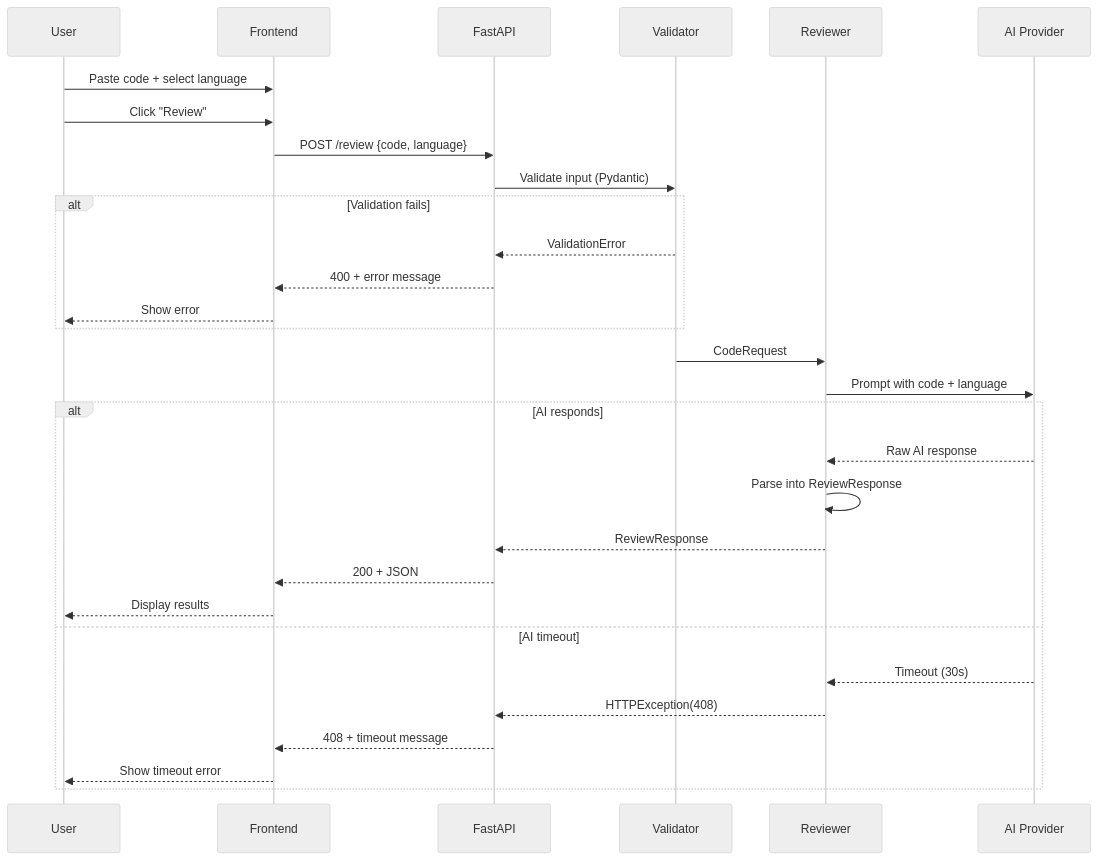
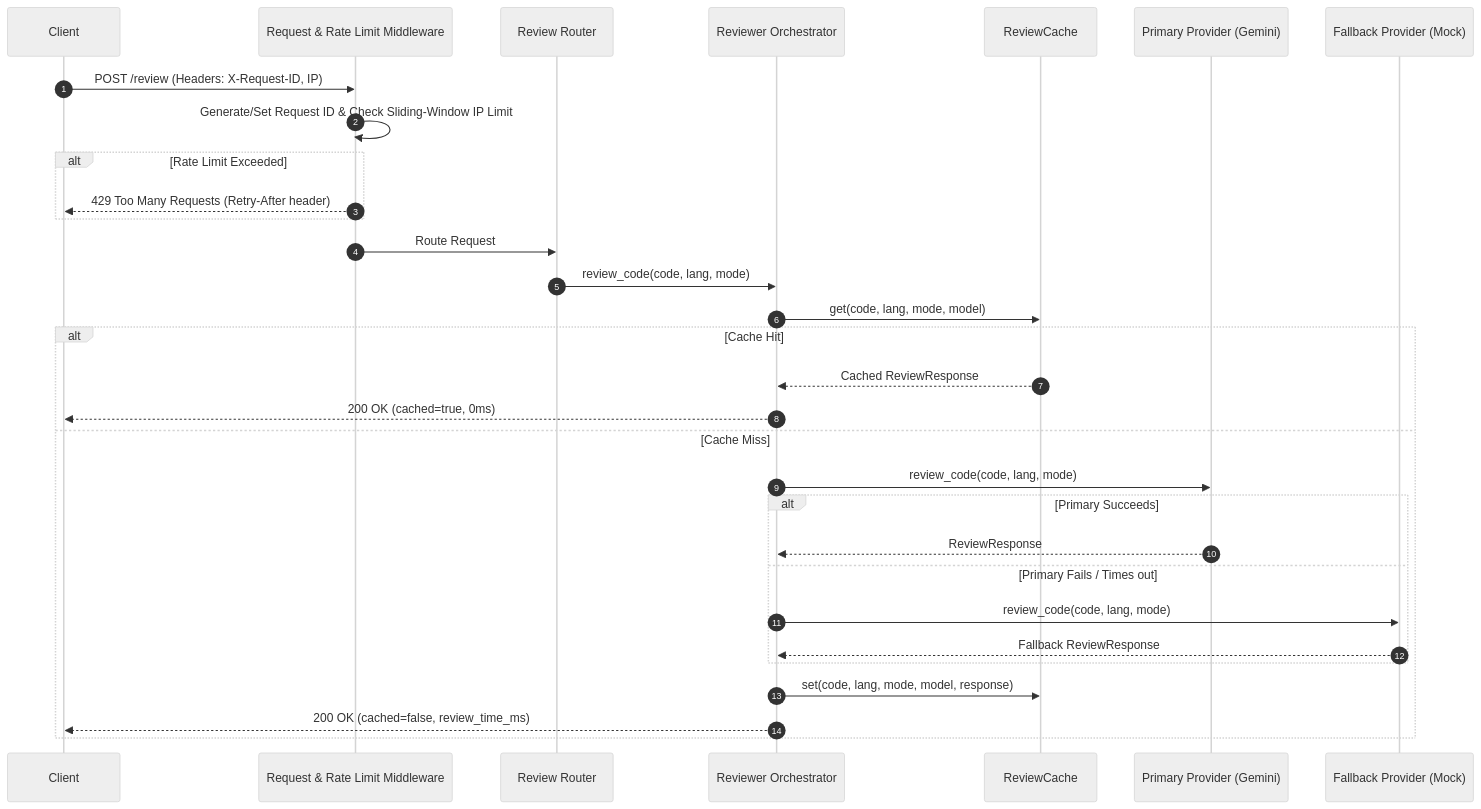
The second of 2 diagrams in docs/ARCHITECTURE.md (chandan942/ai-review-system), drawn with Mermaid (neutral theme) before and after one commit. The commit also changed other lines of this file, not shown here.

Commit message:
docs: update ARCHITECTURE.md with v1.0.0 async design, caching, rate limiting, and fallback sequence

````diff
--- a/docs/ARCHITECTURE.md
+++ b/docs/ARCHITECTURE.md
@@ -228,36 +215,36 @@
 ```mermaid
 sequenceDiagram
-    participant User
-    participant Frontend
-    participant FastAPI
-    participant Validator
-    participant Reviewer
-    participant AI as AI Provider
+    autonumber
+    participant Client
+    participant Middleware as Request & Rate Limit Middleware
+    participant Router as Review Router
+    participant Orchestrator as Reviewer Orchestrator
+    participant Cache as ReviewCache
+    participant Primary as Primary Provider (Gemini)
+    participant Fallback as Fallback Provider (Mock)
 
-    User->>Frontend: Paste code + select language
-    User->>Frontend: Click "Review"
-    Frontend->>FastAPI: POST /review {code, language}
-    FastAPI->>Validator: Validate input (Pydantic)
-    
-    alt Validation fails
-        Validator-->>FastAPI: ValidationError
-        FastAPI-->>Frontend: 400 + error message
-        Frontend-->>User: Show error
+    Client->>Middleware: POST /review (Headers: X-Request-ID, IP)
+    Middleware->>Middleware: Generate/Set Request ID & Check Sliding-Window IP Limit
+    alt Rate Limit Exceeded
+        Middleware-->>Client: 429 Too Many Requests (Retry-After header)
     end
 
-    Validator->>Reviewer: CodeRequest
-    Reviewer->>AI: Prompt with code + language
-    
-    alt AI responds
-        AI-->>Reviewer: Raw AI response
-        Reviewer->>Reviewer: Parse into ReviewResponse
-        Reviewer-->>FastAPI: ReviewResponse
-        FastAPI-->>Frontend: 200 + JSON
-        Frontend-->>User: Display results
-    else AI timeout
-        AI-->>Reviewer: Timeout (30s)
-        Reviewer-->>FastAPI: HTTPException(408)
-        FastAPI-->>Frontend: 408 + timeout message
-        Frontend-->>User: Show timeout error
+    Middleware->>Router: Route Request
+    Router->>Orchestrator: review_code(code, lang, mode)
+    Orchestrator->>Cache: get(code, lang, mode, model)
+
+    alt Cache Hit
+        Cache-->>Orchestrator: Cached ReviewResponse
+        Orchestrator-->>Client: 200 OK (cached=true, 0ms)
+    else Cache Miss
+        Orchestrator->>Primary: review_code(code, lang, mode)
+        alt Primary Succeeds
+            Primary-->>Orchestrator: ReviewResponse
+        else Primary Fails / Times out
+            Orchestrator->>Fallback: review_code(code, lang, mode)
+            Fallback-->>Orchestrator: Fallback ReviewResponse
+        end
+        Orchestrator->>Cache: set(code, lang, mode, model, response)
+        Orchestrator-->>Client: 200 OK (cached=false, review_time_ms)
     end
 ```
````
